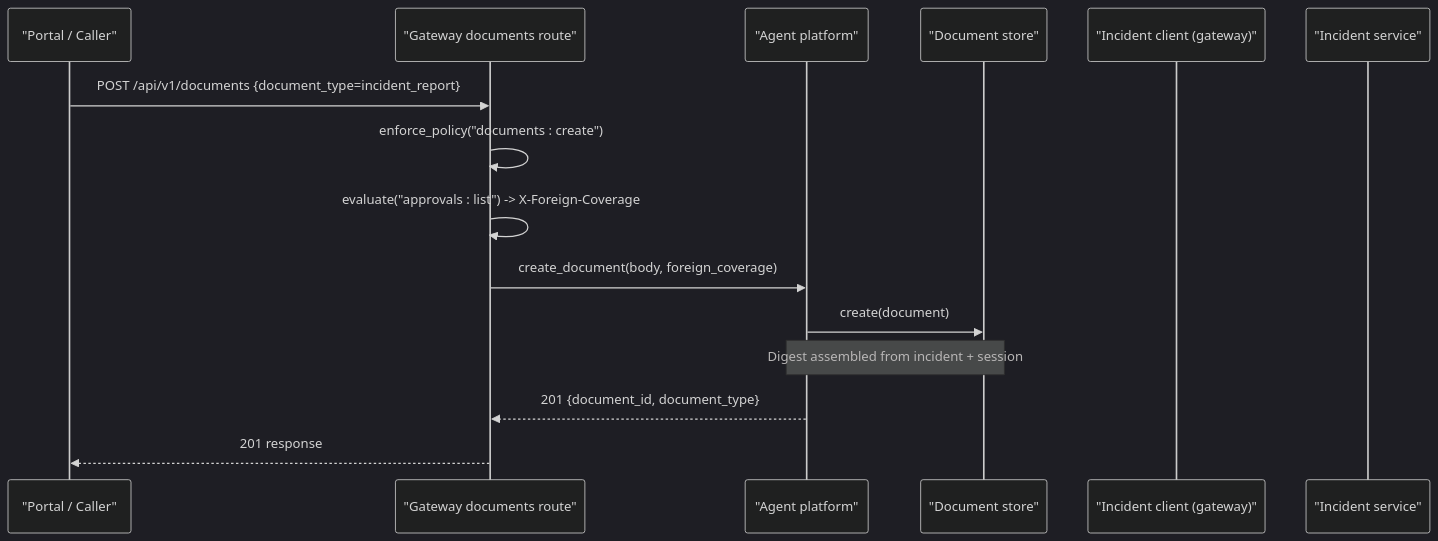
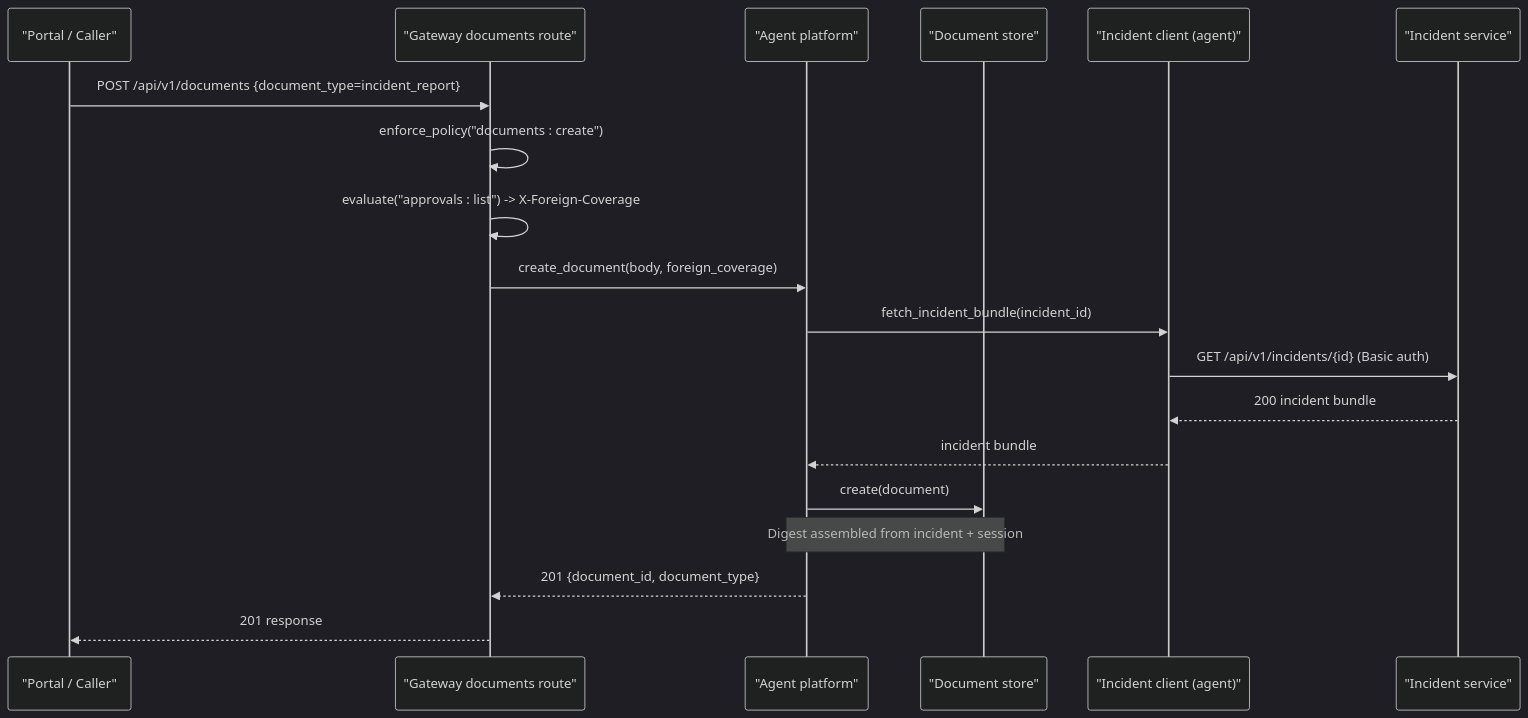
The second of 6 diagrams in .qoder/repowiki/en/content/Architecture Documentation/SPEC-043_ Incident Report Document Type.md (metasync/luban-aiops), drawn with Mermaid (dark theme) before and after one commit. The commit also changed other lines of this file and 72 other files, not shown here.

````diff
--- a/.qoder/repowiki/en/content/Architecture Documentation/SPEC-043_ Incident Report Document Type.md
+++ b/.qoder/repowiki/en/content/Architecture Documentation/SPEC-043_ Incident Report Document Type.md
@@ -110,17 +119,21 @@
 ```mermaid
 sequenceDiagram
 participant Client as "Portal / Caller"
 participant Gateway as "Gateway documents route"
 participant Agent as "Agent platform"
 participant Store as "Document store"
-participant IncClient as "Incident client (gateway)"
+participant IncClient as "Incident client (agent)"
 participant IncSvc as "Incident service"
 Client->>Gateway : POST /api/v1/documents {document_type=incident_report}
 Gateway->>Gateway : enforce_policy("documents : create")
 Gateway->>Gateway : evaluate("approvals : list") -> X-Foreign-Coverage
 Gateway->>Agent : create_document(body, foreign_coverage)
+Agent->>IncClient : fetch_incident_bundle(incident_id)
+IncClient->>IncSvc : GET /api/v1/incidents/{id} (Basic auth)
+IncSvc-->>IncClient : 200 incident bundle
+IncClient-->>Agent : incident bundle
 Agent->>Store : create(document)
 Note over Agent,Store : Digest assembled from incident + session
 Agent-->>Gateway : 201 {document_id, document_type}
 Gateway-->>Client : 201 response
 ```
````
